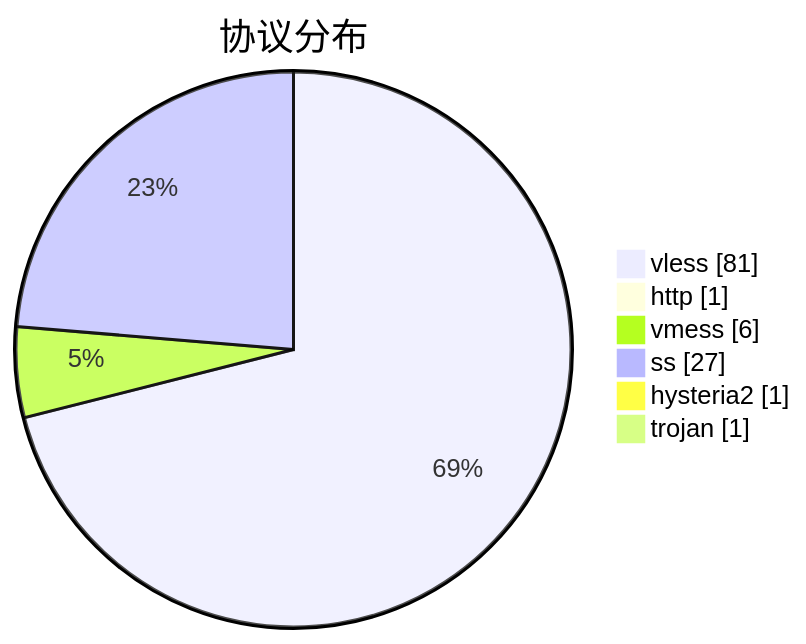
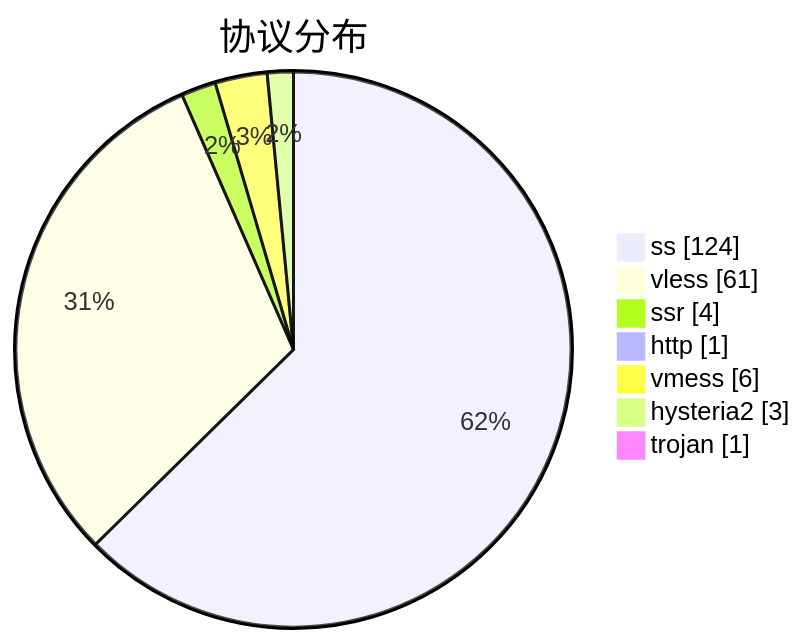
The third of 3 diagrams in subs/statistics/tested_within.md (qjlxg/airport), drawn with Mermaid before and after one commit. The commit also changed other lines of this file and 2 other files, not shown here.

````diff
--- a/subs/statistics/tested_within.md
+++ b/subs/statistics/tested_within.md
@@ -23,10 +25,11 @@
 ```mermaid
 pie showData
 title 协议分布
-"vless" : 81
+"ss" : 124
+"vless" : 61
+"ssr" : 4
 "http" : 1
 "vmess" : 6
-"ss" : 27
-"hysteria2" : 1
+"hysteria2" : 3
 "trojan" : 1
 ```
````
